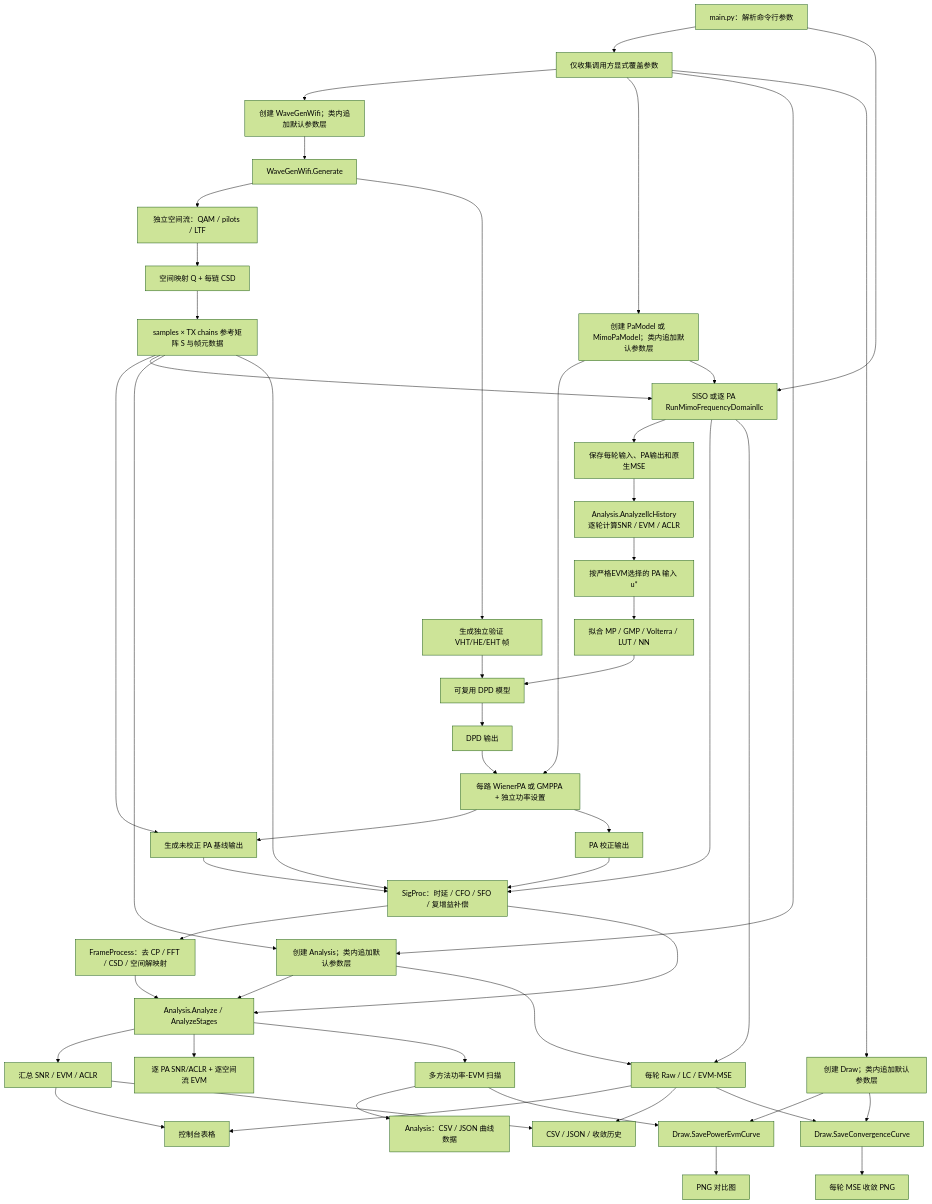
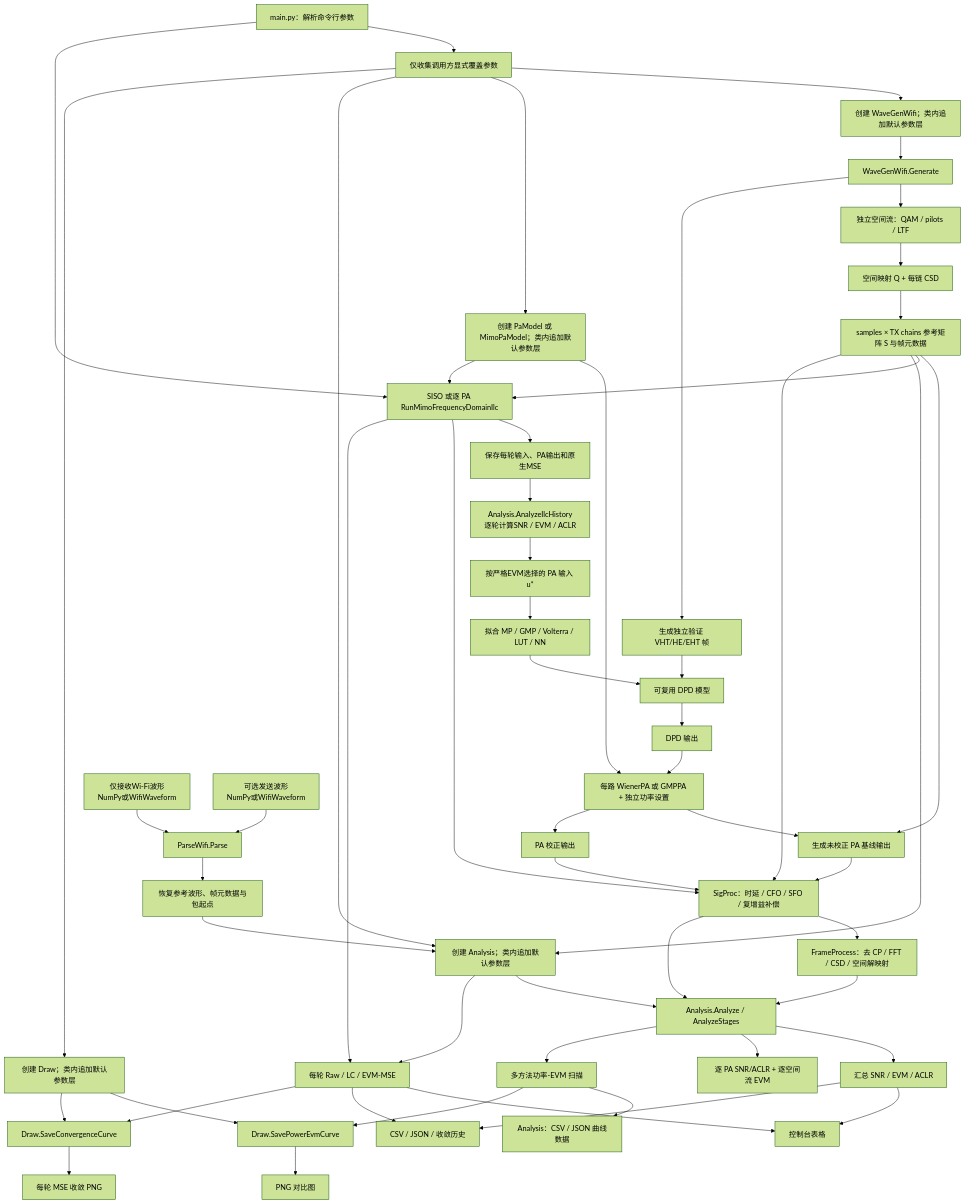
Before and after one commit to niyilu45/DPD_ILC: the first of 12 diagrams in README.md, drawn with Mermaid (forest theme). The commit also changed other lines of this file and 11 other files, not shown here.

Commit message:
Add receive-only Wi-Fi waveform analysis

````diff
--- a/README.md
+++ b/README.md
@@ -46,58 +49,63 @@
 ```mermaid
 flowchart TD
     start["main.py：解析命令行参数"] --> overrideMap["仅收集调用方显式覆盖参数"]
     overrideMap --> wifiGenerator["创建 WaveGenWifi；类内追加默认参数层"]
     wifiGenerator --> waveGenWifi["WaveGenWifi.Generate"]
     waveGenWifi --> streams["独立空间流：QAM / pilots / LTF"]
     streams --> spatialMap["空间映射 Q + 每链 CSD"]
     spatialMap --> reference["samples × TX chains 参考矩阵 S 与帧元数据"]
 
     overrideMap --> paModel["创建 PaModel 或 MimoPaModel；类内追加默认参数层"]
     paModel --> paImplementation["每路 WienerPA 或 GMPPA + 独立功率设置"]
     reference --> baseline["生成未校正 PA 基线输出"]
     paImplementation --> baseline
 
     start --> frequencyIlc["SISO 或逐 PA RunMimoFrequencyDomainIlc"]
     reference --> frequencyIlc
     paModel --> frequencyIlc
 
     frequencyIlc --> nativeHistory["保存每轮输入、PA输出和原生MSE"]
     nativeHistory --> ilcAnalysis["Analysis.AnalyzeIlcHistory<br/>逐轮计算SNR / EVM / ACLR"]
     ilcAnalysis --> learnedInput["按严格EVM选择的 PA 输入 u*"]
     learnedInput --> deployFit["拟合 MP / GMP / Volterra / LUT / NN"]
     deployFit --> deployedDpd["可复用 DPD 模型"]
 
     waveGenWifi --> validation["生成独立验证 VHT/HE/EHT 帧"]
     validation --> deployedDpd
     deployedDpd --> predistortedInput["DPD 输出"]
     predistortedInput --> paImplementation
     paImplementation --> correctedOutput["PA 校正输出"]
 
+    receiveCapture["仅接收Wi-Fi波形<br/>NumPy或WifiWaveform"] --> parser["ParseWifi.Parse"]
+    optionalTransmit["可选发送波形<br/>NumPy或WifiWaveform"] --> parser
+    parser --> parsedContext["恢复参考波形、帧元数据与包起点"]
+    parsedContext --> analysis
+
     overrideMap --> analysis["创建 Analysis；类内追加默认参数层"]
     reference --> analysis
     reference --> sigProc["SigProc：时延 / CFO / SFO / 复增益补偿"]
     baseline --> sigProc
     frequencyIlc --> sigProc
     correctedOutput --> sigProc
     sigProc --> frameProcess["FrameProcess：去 CP / FFT / CSD / 空间解映射"]
     sigProc --> analysisMethod["Analysis.Analyze / AnalyzeStages"]
     frameProcess --> analysisMethod
     analysis --> analysisMethod
     analysisMethod --> metrics["汇总 SNR / EVM / ACLR"]
     analysisMethod --> mimoMetrics["逐 PA SNR/ACLR + 逐空间流 EVM"]
     analysisMethod --> powerCurve["多方法功率-EVM 扫描"]
     metrics --> console["控制台表格"]
     metrics --> files["CSV / JSON / 收敛历史"]
     frequencyIlc --> iterationMse["每轮 Raw / LC / EVM-MSE"]
     analysis --> iterationMse
     iterationMse --> console
     iterationMse --> files
     powerCurve --> curveData["Analysis：CSV / JSON 曲线数据"]
     overrideMap --> draw["创建 Draw；类内追加默认参数层"]
     powerCurve --> drawMethod["Draw.SavePowerEvmCurve"]
     draw --> drawMethod
     drawMethod --> curveFigure["PNG 对比图"]
     iterationMse --> convergenceDraw["Draw.SaveConvergenceCurve"]
     draw --> convergenceDraw
     convergenceDraw --> convergenceFigure["每轮 MSE 收敛 PNG"]
 ```
````
